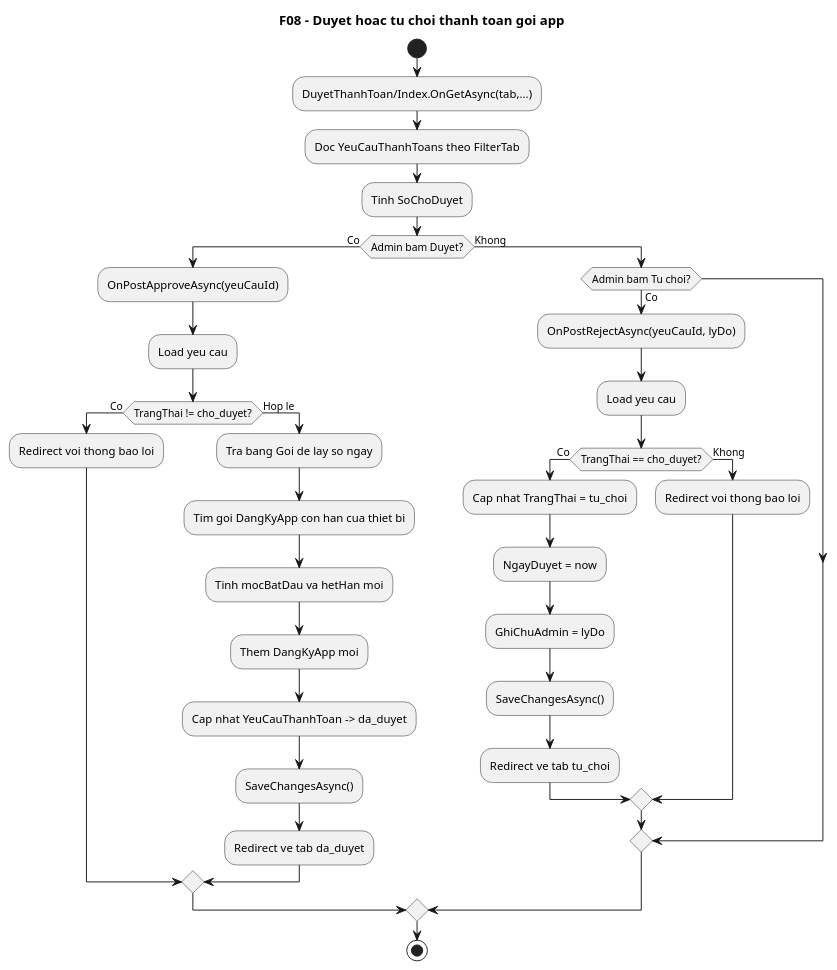
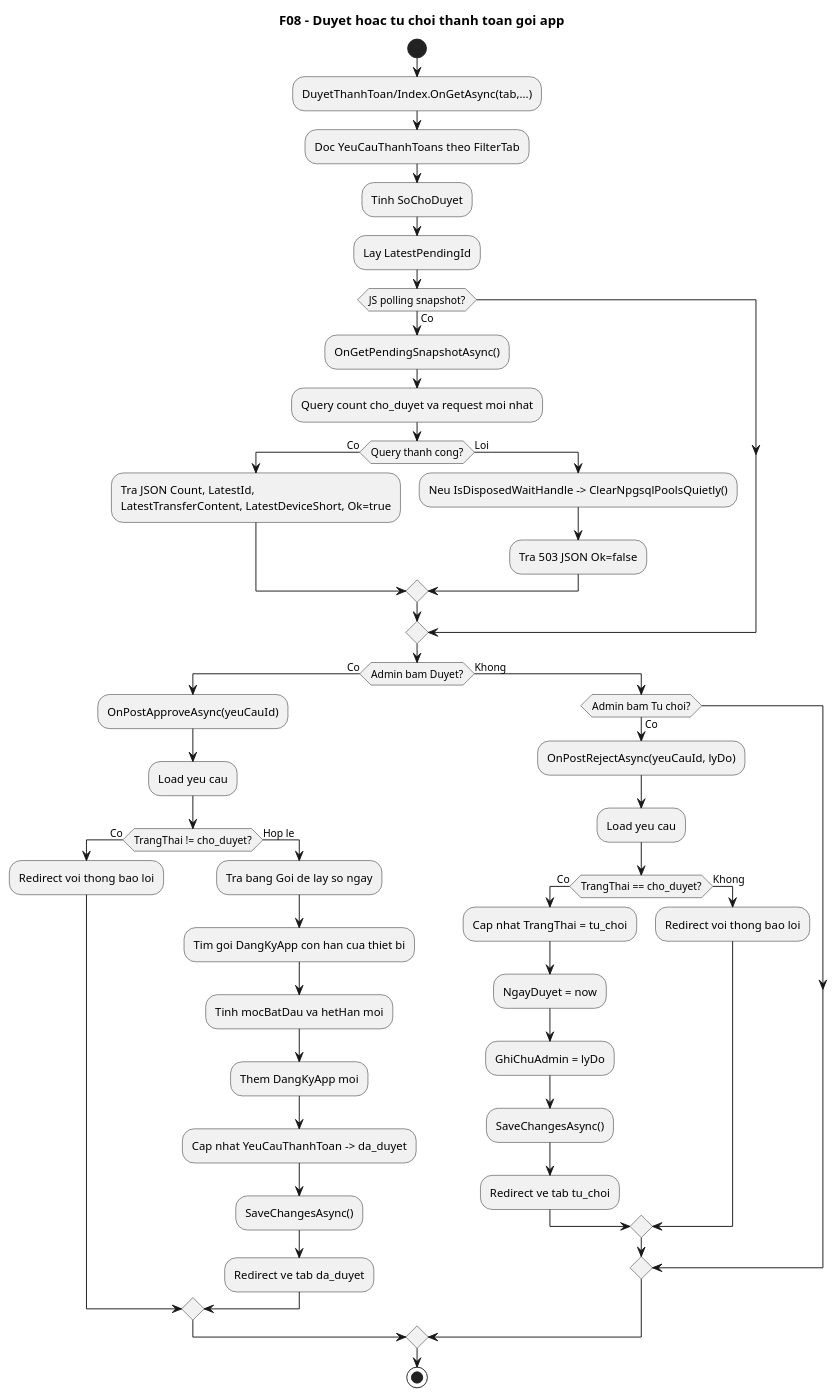
Before and after one commit to VoBao182/PhoAmThuc: the diagram in docs/diagrams/08-app-payment-approval-activity.puml, drawn with PlantUML. The commit also changed 60 other files, not shown here.

```diff
--- a/docs/diagrams/08-app-payment-approval-activity.puml
+++ b/docs/diagrams/08-app-payment-approval-activity.puml
@@ -1,47 +1,60 @@
 @startuml
 ' Diagram: F08 - Duyet hoac tu choi thanh toan goi app (Activity)
 ' Status: WIP
-' Baseline: branch master, HEAD a5fde70
+' Baseline: branch master, HEAD 0b9ca4b + working tree 2026-04-22
 ' Source:
-' - VinhKhanhTour.CMS/Pages/DuyetThanhToan/Index.cshtml.cs: OnGetAsync(), OnPostApproveAsync(), OnPostRejectAsync()
+' - VinhKhanhTour.CMS/Pages/DuyetThanhToan/Index.cshtml.cs: OnGetAsync(), OnGetPendingSnapshotAsync(), OnPostApproveAsync(), OnPostRejectAsync()
+' - VinhKhanhTour.CMS/Pages/DuyetThanhToan/Index.cshtml: snapshotUrl, polling JS
 ' - VinhKhanhTour.API/Models/YeuCauThanhToan.cs
 ' - VinhKhanhTour.API/Models/DangKyApp.cs
-' Note: Diagram dang bam theo luong duyet trong CMS PageModel; can doi chieu lai neu ban muon hop nhat voi approve/reject endpoint trong SubscriptionController.
+' Note: Da bo sung PendingSnapshot va retry clear Npgsql pools theo code CMS hien tai.
 title F08 - Duyet hoac tu choi thanh toan goi app
 start
 :DuyetThanhToan/Index.OnGetAsync(tab,...);
 :Doc YeuCauThanhToans theo FilterTab;
 :Tinh SoChoDuyet;
+:Lay LatestPendingId;
+
+if (JS polling snapshot?) then (Co)
+  :OnGetPendingSnapshotAsync();
+  :Query count cho_duyet va request moi nhat;
+  if (Query thanh cong?) then (Co)
+    :Tra JSON Count, LatestId,\nLatestTransferContent, LatestDeviceShort, Ok=true;
+  else (Loi)
+    :Neu IsDisposedWaitHandle -> ClearNpgsqlPoolsQuietly();
+    :Tra 503 JSON Ok=false;
+  endif
+endif
 
 if (Admin bam Duyet?) then (Co)
   :OnPostApproveAsync(yeuCauId);
   :Load yeu cau;
   if (TrangThai != cho_duyet?) then (Co)
     :Redirect voi thong bao loi;
   else (Hop le)
     :Tra bang Goi de lay so ngay;
     :Tim goi DangKyApp con han cua thiet bi;
     :Tinh mocBatDau va hetHan moi;
     :Them DangKyApp moi;
     :Cap nhat YeuCauThanhToan -> da_duyet;
     :SaveChangesAsync();
     :Redirect ve tab da_duyet;
   endif
 else (Khong)
   if (Admin bam Tu choi?) then (Co)
     :OnPostRejectAsync(yeuCauId, lyDo);
     :Load yeu cau;
     if (TrangThai == cho_duyet?) then (Co)
       :Cap nhat TrangThai = tu_choi;
       :NgayDuyet = now;
       :GhiChuAdmin = lyDo;
       :SaveChangesAsync();
       :Redirect ve tab tu_choi;
     else (Khong)
       :Redirect voi thong bao loi;
     endif
   endif
 endif
 
 stop
 @enduml
```
